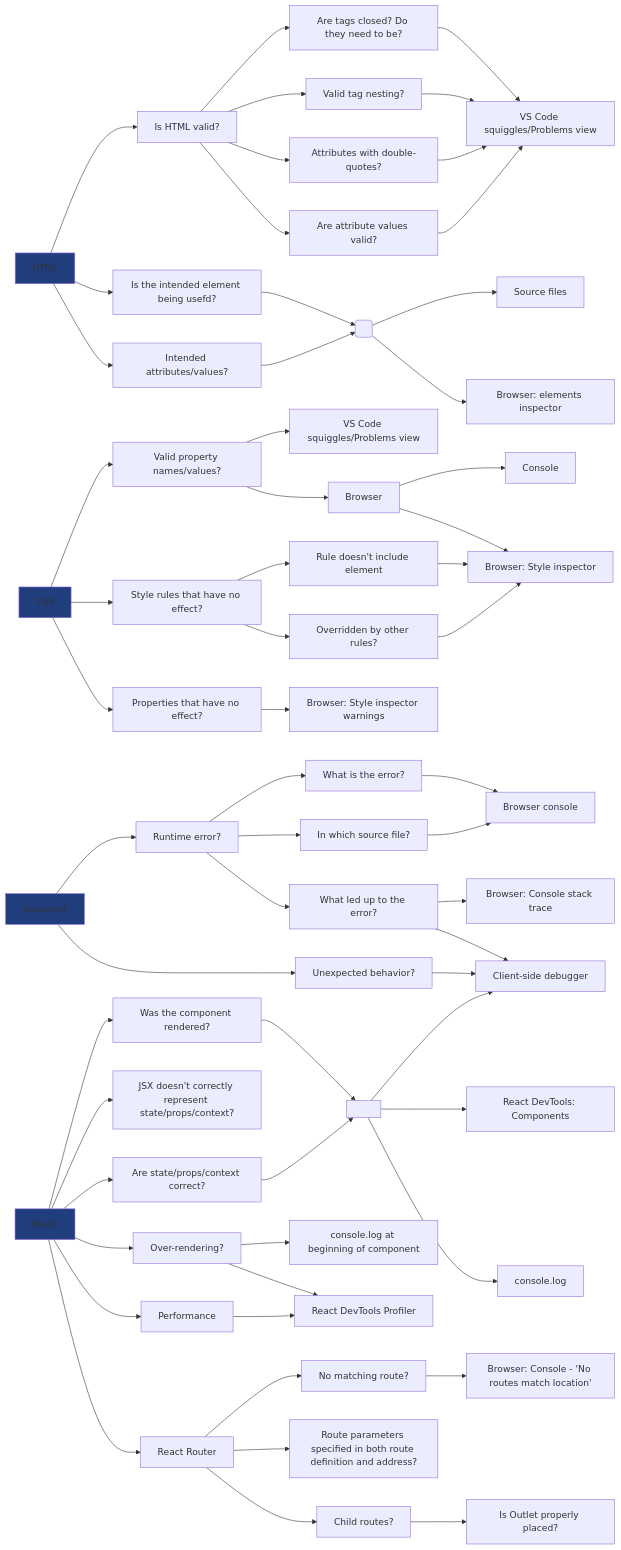
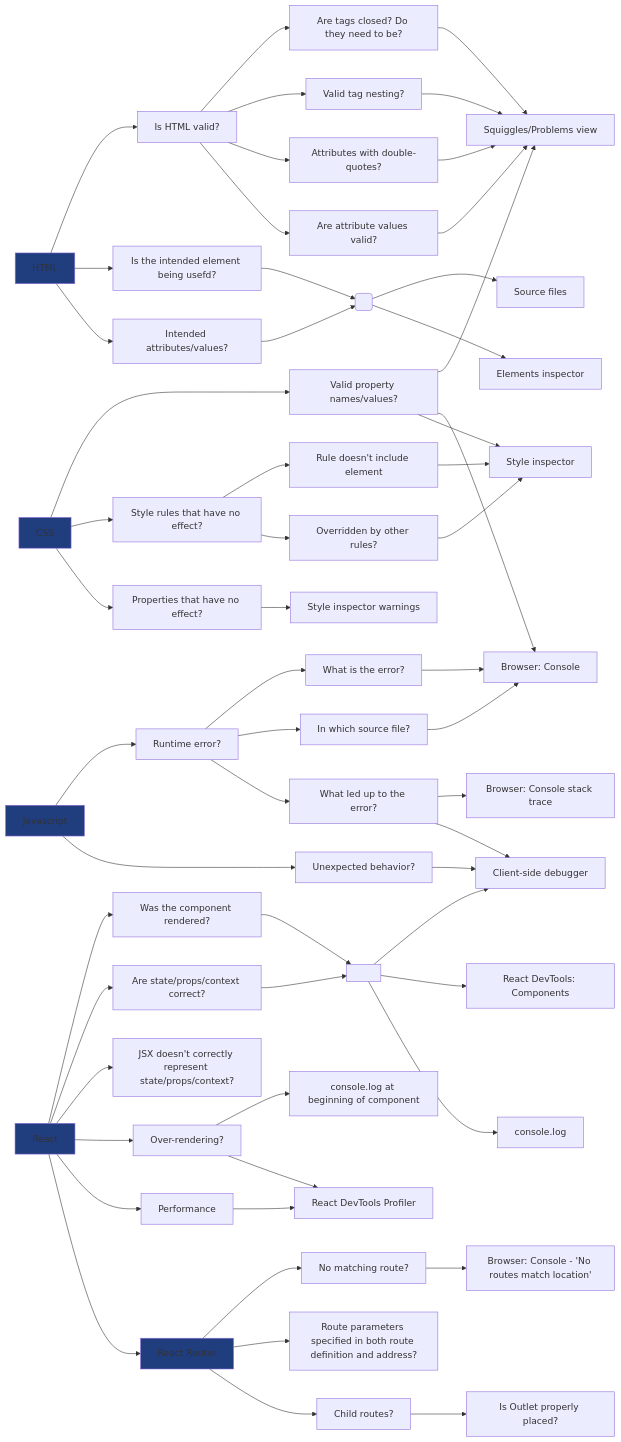
The second of 5 diagrams in README.md (zspitz/debuggingProcess), drawn with Mermaid before and after one commit. The commit also changed other lines of this file, not shown here.

Commit message:
Simplify captions; style technologies

````diff
--- a/README.md
+++ b/README.md
@@ -20,41 +21,42 @@
 ```mermaid
 graph LR
 N019[HTML] & N020[CSS] & N021[Javascript] & N022[React]
 
-N019 --> N023[Is HTML valid?] --> N024[Are tags closed? Do they need to be?] & N025[Valid tag nesting?] & N026[Attributes with double-quotes?] & N027[Are attribute values valid?] --> N028[VS Code squiggles/Problems view]
+N019 --> N023[Is HTML valid?] --> N024[Are tags closed? Do they need to be?] & N025[Valid tag nesting?] & N026[Attributes with double-quotes?] & N027[Are attribute values valid?] --> N028[Squiggles/Problems view]
 
-N019 --> N029[Is the intended element being usefd?] & N030[Intended attributes/values?] --> N031( ) --> N032[Source files] & N033[Browser: elements inspector]
+N019 --> N029[Is the intended element being usefd?] & N030[Intended attributes/values?] --> N031( ) --> N032[Source files] & N033[Elements inspector]
 
-N020 --> N034[Valid property names/values?] --> N035[VS Code squiggles/Problems view]
+N020 --> N034[Valid property names/values?] --> N028
 
-N034 --> N036[Browser] --> N037[Console] & N038[Browser: Style inspector]
+N034 --> N037[Browser: Console] & N038[Style inspector]
 
 N020 --> N039[Style rules that have no effect?] --> N040[Rule doesn't include element] & N041[Overridden by other rules?] --> N038
 
-N020 --> N043[Properties that have no effect?] --> N044[Browser: Style inspector warnings]
+N020 --> N043[Properties that have no effect?] --> N044[Style inspector warnings]
 
-N021 --> N045[Runtime error?] --> N046[What is the error?] & N047[In which source file?] --> N048[Browser console]
+N021 --> N045[Runtime error?] --> N046[What is the error?] & N047[In which source file?] --> N037
 
 N045 --> N049[What led up to the error?] --> N051[Browser: Console stack trace] & N050[Client-side debugger]
 
 N021 --> N053[Unexpected behavior?] --> N050
 
 N022 --> N056[Was the component rendered?] & N057[Are state/props/context correct?] --> N058[ ] --> N050 & N060[React DevTools: Components] & N061[console.log]
 
 N022 --> N062[JSX doesn't correctly represent state/props/context?]
 
 N022 --> N063[Over-rendering?] --> N064[console.log at beginning of component] & N065[React DevTools Profiler]
 
 N022 --> N066[Performance] --> N065
 
 N022 --> N068[React Router] --> N069[No matching route?] --> N070[Browser: Console - 'No routes match location']
 
 N068 --> N071[Route parameters specified in both route definition and address?]
 
 N068 --> N072[Child routes?] --> N073[Is Outlet properly placed?]
 
 style N019 fill:#203d7e
 style N020 fill:#203d7e
 style N021 fill:#203d7e
 style N022 fill:#203d7e
+style N068 fill:#203d7e
 ```
````
